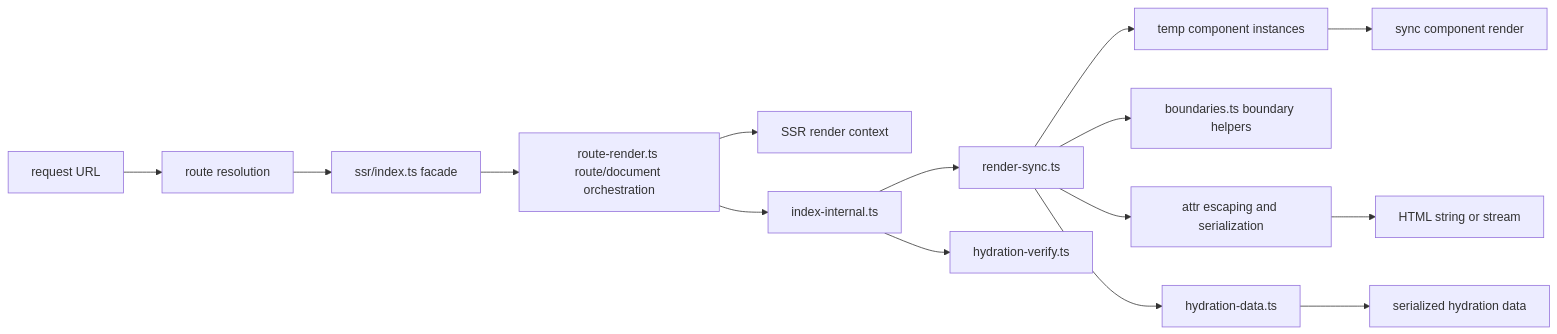
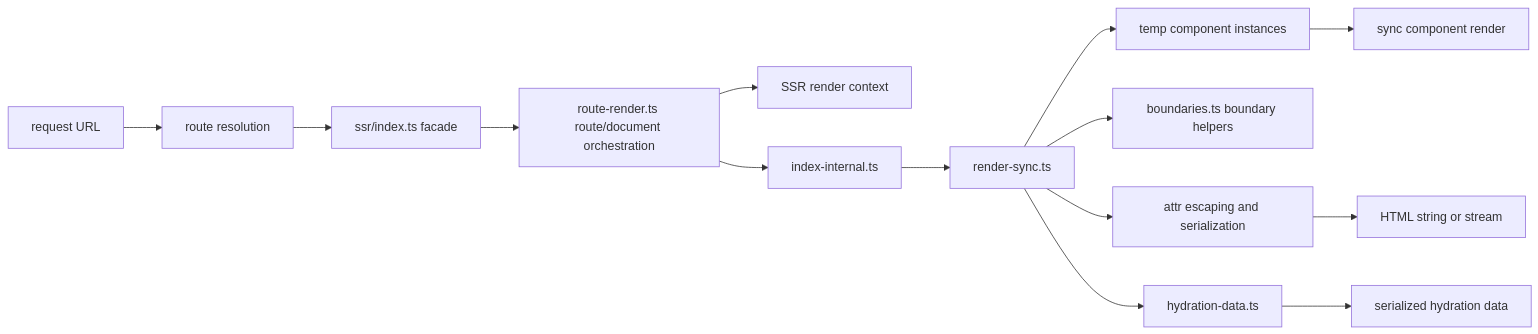
Before and after one commit to askrjs/askr: the second of 7 diagrams in docs/internals/ssr-ssg-pipeline.md, drawn with Mermaid. The commit also changed other lines of this file and 22 other files, not shown here.

````diff
--- a/docs/internals/ssr-ssg-pipeline.md
+++ b/docs/internals/ssr-ssg-pipeline.md
@@ -33,33 +33,31 @@
 ```mermaid
 flowchart LR
   url[request URL]
   routeResolve[route resolution]
   ssrContext[SSR render context]
   facade[ssr/index.ts facade]
   routeRender[route-render.ts route/document orchestration]
   internal[index-internal.ts]
   renderSync[render-sync.ts]
   hydrationData[hydration-data.ts]
   boundaries[boundaries.ts boundary helpers]
   componentInstance[temp component instances]
   syncRender[sync component render]
   attrs[attr escaping and serialization]
-  verify[hydration-verify.ts]
   html[HTML string or stream]
   hydrateData[serialized hydration data]
 
   url --> routeResolve
   routeResolve --> facade
   facade --> routeRender
   routeRender --> ssrContext
   routeRender --> internal
   internal --> renderSync
-  internal --> verify
   renderSync --> boundaries
   renderSync --> componentInstance
   componentInstance --> syncRender
   renderSync --> attrs
   attrs --> html
   renderSync --> hydrationData
   hydrationData --> hydrateData
 ```
````
